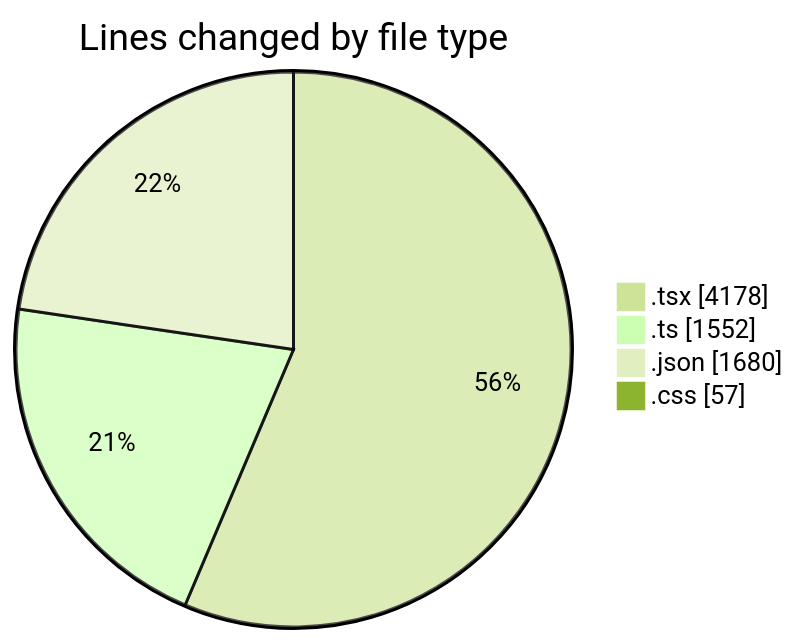
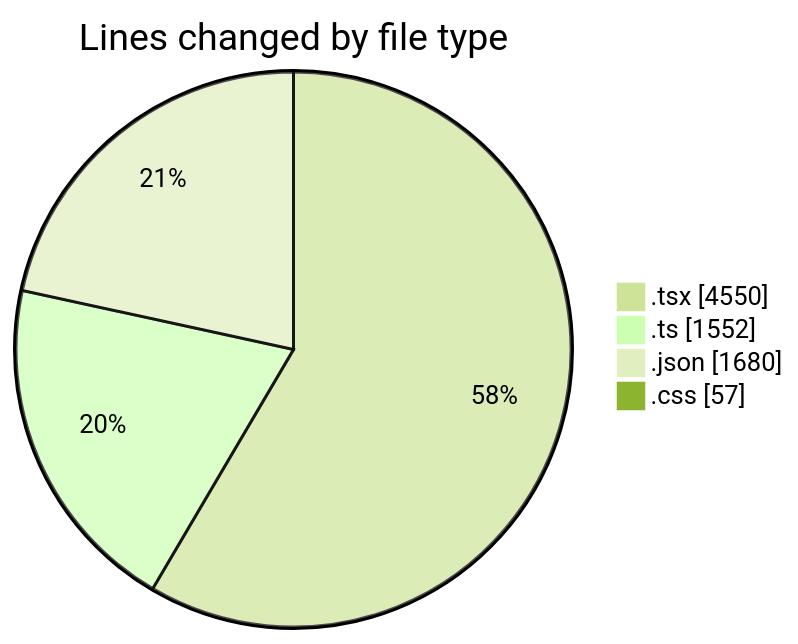
One commit to julien-gomy/code-tracking changed the first of 2 diagrams in 2025-10-09/eventscop-frontend-guide__workspace_/README.md. Above: the diagram before and after it, drawn with Mermaid (forest theme). The commit also changed other lines of this file and 1 other file, not shown here.

````diff
--- a/2025-10-09/eventscop-frontend-guide__workspace_/README.md
+++ b/2025-10-09/eventscop-frontend-guide__workspace_/README.md
@@ -58,8 +59,8 @@
 ```mermaid
 pie showData
 title Lines changed by file type
-".tsx" : 4178
+".tsx" : 4550
 ".ts" : 1552
 ".json" : 1680
 ".css" : 57
 ```
````
